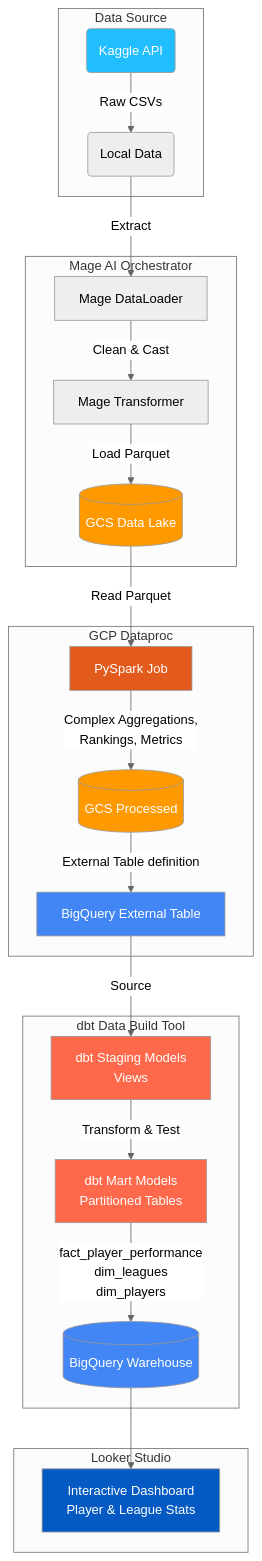
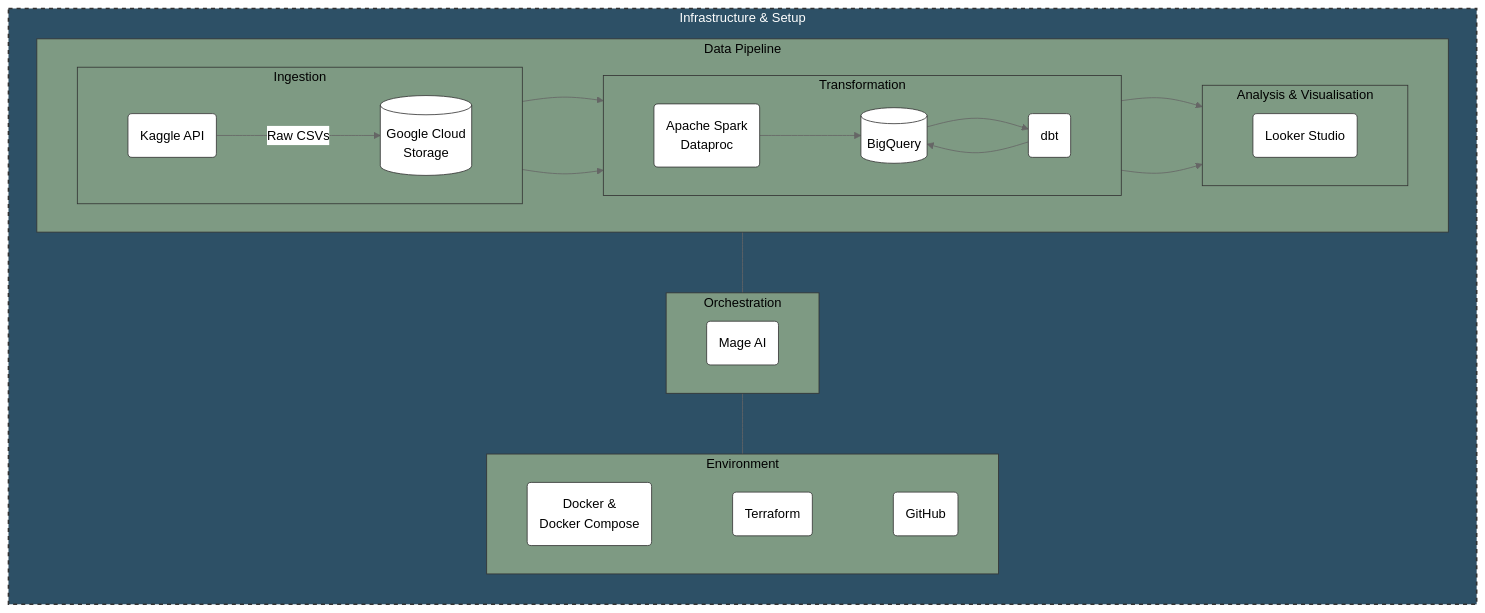
The diagram in README.md (mathushan08/european-football-data-pipeline), drawn with Mermaid (neutral theme) before and after one commit.

Commit message:
style: update architecture diagram to match horizontal blueprint layout

````diff
--- a/README.md
+++ b/README.md
@@ -14,38 +14,54 @@
 ```mermaid
-flowchart TD
-    subgraph Data Source
-        K(Kaggle API) --> |Raw CSVs| L(Local Data)
+flowchart LR
+    subgraph Container [Infrastructure & Setup]
+        direction TB
+        
+        subgraph Pipeline [Data Pipeline]
+            direction LR
+            
+            subgraph Ingestion [Ingestion]
+                direction LR
+                K(Kaggle API) --> |Raw CSVs| GCS[(Google Cloud \nStorage)]
+            end
+            
+            subgraph Transformation [Transformation]
+                direction LR
+                GCS --> Spark(Apache Spark \nDataproc)
+                Spark --> BQ[(BigQuery)]
+                BQ --> DBT(dbt)
+                DBT --> BQ
+            end
+            
+            subgraph Visualisation [Analysis & Visualisation]
+                direction LR
+                BQ --> Looker(Looker Studio)
+            end
+            
+            Ingestion --> Transformation
+            Transformation --> Visualisation
+        end
+        
+        subgraph Orchestration [Orchestration]
+            Mage(Mage AI)
+        end
+        
+        %% Hidden links to force layout
+        Pipeline --- Orchestration
+        
+        subgraph Base [Environment]
+            direction LR
+            Docker(Docker & \nDocker Compose) ~~~ TF(Terraform) ~~~ Git(GitHub)
+        end
+        
+        Orchestration --- Base
     end
 
-    subgraph Orchestration [Mage AI Orchestrator]
-        L --> |Extract| M1[Mage DataLoader]
-        M1 --> |Clean & Cast| M2[Mage Transformer]
-        M2 --> |Load Parquet| GCS_raw[(GCS Data Lake)]
-    end
-
-    subgraph Big Data Processing [GCP Dataproc]
-        GCS_raw --> |Read Parquet| Spark[PySpark Job]
-        Spark --> |Complex Aggregations, \nRankings, Metrics| GCS_proc[(GCS Processed)]
-        GCS_proc --> |External Table definition| BQ_Ext[BigQuery External Table]
-    end
-
-    subgraph Data Transformation [dbt Data Build Tool]
-        BQ_Ext --> |Source| DBT_stg[dbt Staging Models\n Views]
-        DBT_stg --> |Transform & Test| DBT_marts[dbt Mart Models\n Partitioned Tables]
-        DBT_marts --> |fact_player_performance\ndim_leagues\ndim_players| BQ_Wh[(BigQuery Warehouse)]
-    end
-
-    subgraph Visualization [Looker Studio]
-        BQ_Wh --> Dash[Interactive Dashboard\n Player & League Stats]
-    end
-
-    style K fill:#20BEFF,color:#fff
-    style GCS_raw fill:#FF9900,color:#fff
-    style GCS_proc fill:#FF9900,color:#fff
-    style BQ_Ext fill:#4285F4,color:#fff
-    style BQ_Wh fill:#4285F4,color:#fff
-    style Spark fill:#E25A1C,color:#fff
-    style DBT_stg fill:#FF694B,color:#fff
-    style DBT_marts fill:#FF694B,color:#fff
-    style Dash fill:#0459C2,color:#fff
+    %% Styling
+    classDef container fill:#2d5066,stroke:#333,stroke-width:2px,stroke-dasharray: 5 5,color:#fff;
+    classDef box fill:#7e9a83,stroke:#333,stroke-width:1px,color:#000;
+    classDef tool fill:#fff,stroke:#333,stroke-width:1px,color:#000;
+    
+    class Container container;
+    class Pipeline,Ingestion,Transformation,Visualisation,Orchestration,Base box;
+    class K,GCS,Spark,BQ,DBT,Looker,Mage,Docker,TF,Git tool;
 ```
````
